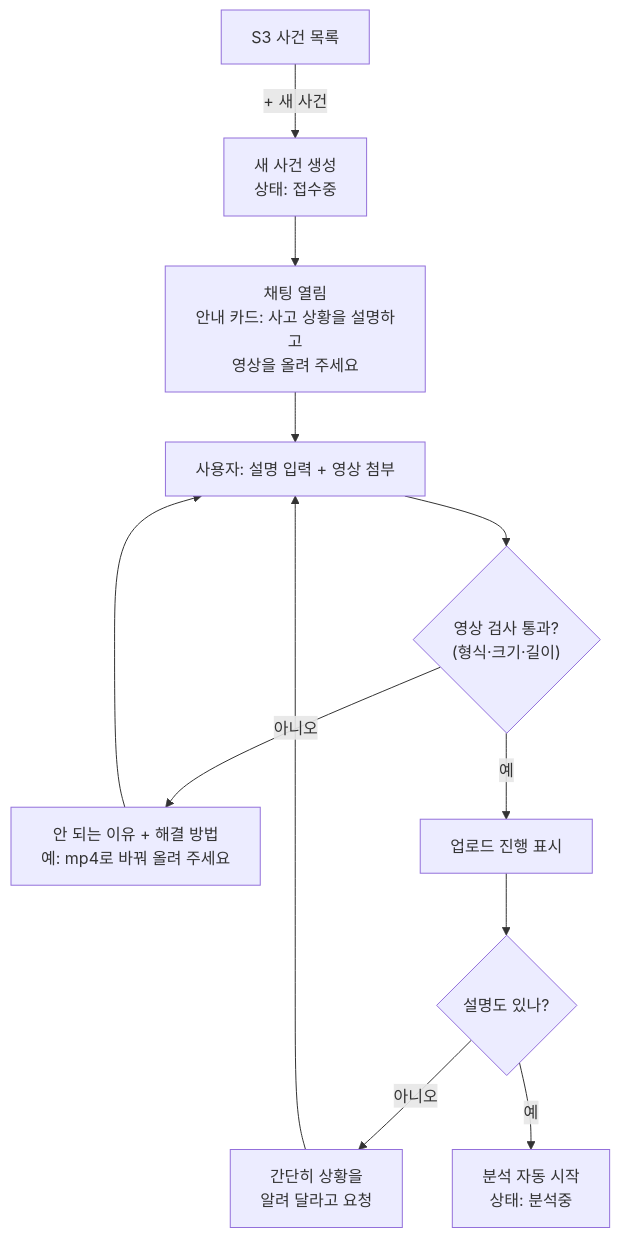
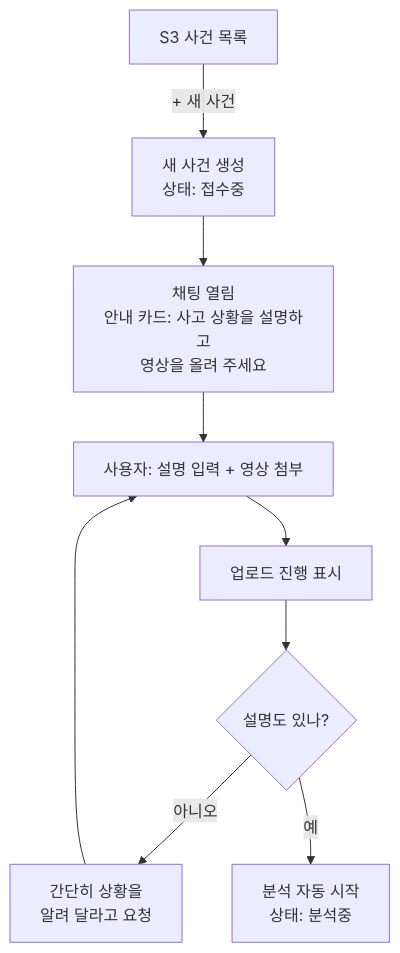
The third of 8 diagrams in docs/handoff/03_유저플로우.md (zinnli/fairway), drawn with Mermaid before and after one commit. The commit also changed other lines of this file and 112 other files, not shown here.

````diff
--- a/docs/handoff/03_유저플로우.md
+++ b/docs/handoff/03_유저플로우.md
@@ -54,14 +55,11 @@
 ```mermaid
 flowchart TD
   A["S3 사건 목록"] -->|+ 새 사건| B["새 사건 생성<br/>상태: 접수중"]
   B --> C["채팅 열림<br/>안내 카드: 사고 상황을 설명하고<br/>영상을 올려 주세요"]
   C --> D["사용자: 설명 입력 + 영상 첨부"]
-  D --> E{"영상 검사 통과?<br/>(형식·크기·길이)"}
-  E -->|아니오| F["안 되는 이유 + 해결 방법<br/>예: mp4로 바꿔 올려 주세요"]
-  F --> D
-  E -->|예| G["업로드 진행 표시"]
+  D --> G["업로드 진행 표시"]
   G --> H{"설명도 있나?"}
   H -->|아니오| I["간단히 상황을<br/>알려 달라고 요청"]
   I --> D
   H -->|예| J["분석 자동 시작<br/>상태: 분석중"]
 ```
````
